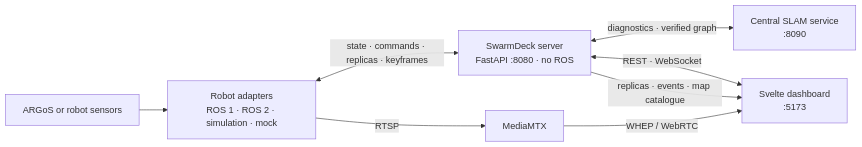
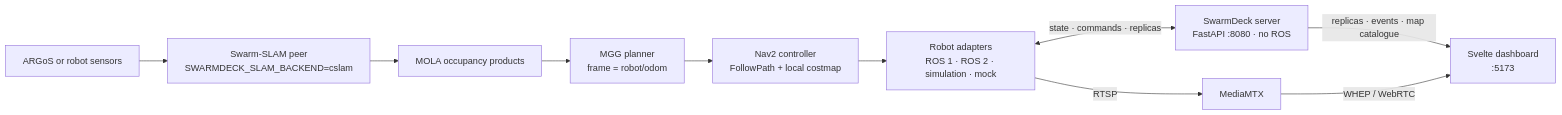
The diagram in README.md (SimonR99/swarmdeck), drawn with Mermaid before and after one commit. The commit also changed other lines of this file and 292 other files, not shown here.

````diff
--- a/README.md
+++ b/README.md
@@ -97,10 +88,12 @@
 ```mermaid
 flowchart LR
-    Sensors["ARGoS or robot sensors"] --> Adapters["Robot adapters<br/>ROS 1 · ROS 2 · simulation · mock"]
-    Adapters <-->|"state · commands · replicas · keyframes"| Server["SwarmDeck server<br/>FastAPI :8080 · no ROS"]
-    Server <-->|"diagnostics · verified graph"| SLAM["Central SLAM service<br/>:8090"]
-    Server <-->|"REST · WebSocket"| UI["Svelte dashboard<br/>:5173"]
+    Sensors["ARGoS or robot sensors"] --> Peer["Swarm-SLAM peer<br/>SWARMDECK_SLAM_BACKEND=cslam"]
+    Peer --> MOLA["MOLA occupancy products"]
+    MOLA --> MGG["MGG planner<br/>frame = robot/odom"]
+    MGG --> Controller["Nav2 controller<br/>FollowPath + local costmap"]
+    Controller --> Adapters["Robot adapters<br/>ROS 1 · ROS 2 · simulation · mock"]
+    Adapters <-->|"state · commands · replicas"| Server["SwarmDeck server<br/>FastAPI :8080 · no ROS"]
+    Server -->|"replicas · events · map catalogue"| UI["Svelte dashboard<br/>:5173"]
     Adapters -->|RTSP| Media["MediaMTX"]
     Media -->|WHEP / WebRTC| UI
-    Server -->|"replicas · events · map catalogue"| UI
 ```
````
